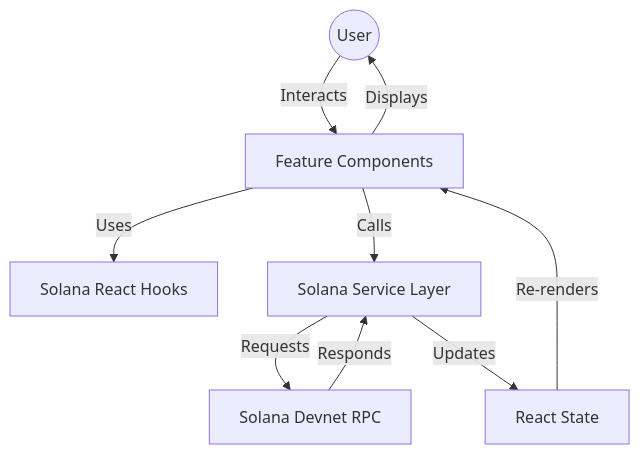
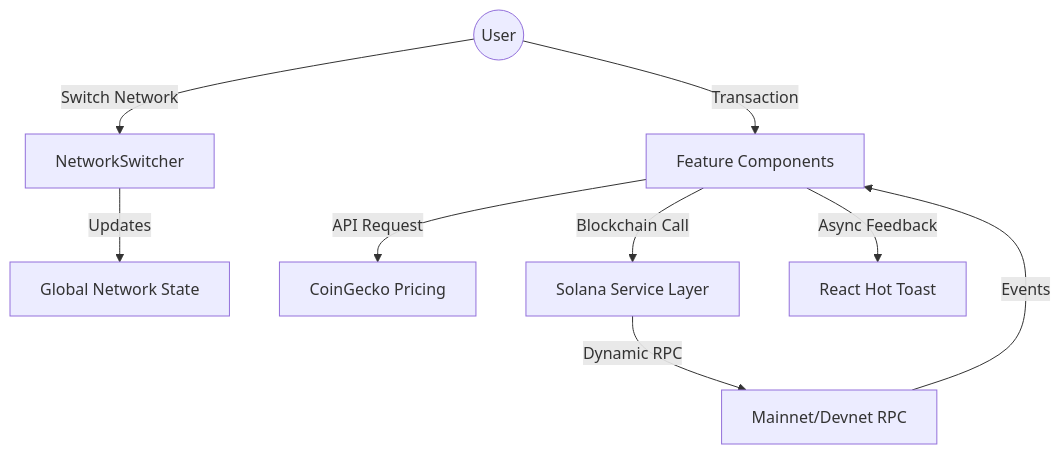
The first of 2 diagrams in README.md (Amitaarav/DappA), drawn with Mermaid before and after one commit. The commit also changed other lines of this file and 14 other files, not shown here.

````diff
--- a/README.md
+++ b/README.md
@@ -21,11 +22,11 @@
 ```mermaid
 graph TD
-    User((User)) -->|Interacts| UI[Feature Components]
-    UI -->|Uses| Hooks[Solana React Hooks]
-    UI -->|Calls| Service[Solana Service Layer]
-    Service -->|Requests| RPC[Solana Devnet RPC]
-    RPC -->|Responds| Service
-    Service -->|Updates| State[React State]
-    State -->|Re-renders| UI
-    UI -->|Displays| User
+    User((User)) -->|Switch Network| Net[NetworkSwitcher]
+    Net -->|Updates| GlobalState[Global Network State]
+    User -->|Transaction| UI[Feature Components]
+    UI -->|API Request| Coingecko[CoinGecko Pricing]
+    UI -->|Blockchain Call| Service[Solana Service Layer]
+    Service -->|Dynamic RPC| RPC[Mainnet/Devnet RPC]
+    RPC -->|Events| UI
+    UI -->|Async Feedback| Toast[React Hot Toast]
 ```
````
